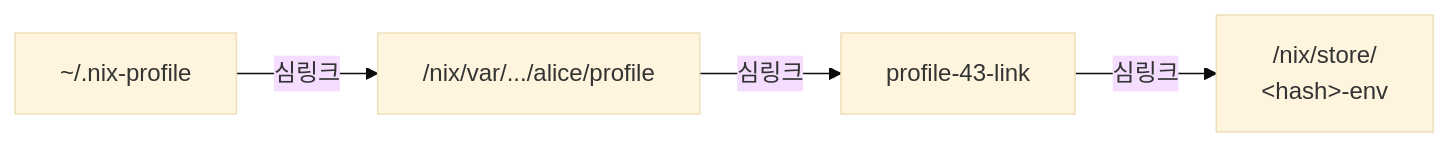
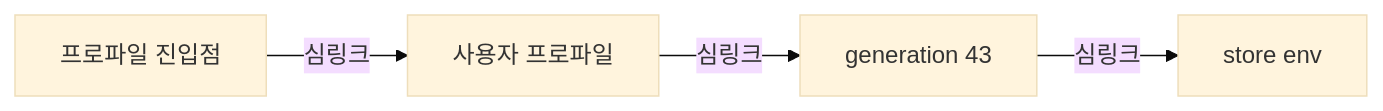
The diagram in content/linux/distro-basics/nix-nixos.md (moonblueblue/devops-wiki), drawn with Mermaid (base theme) before and after one commit. The commit also changed other lines of this file and 37 other files, not shown here.

First line of the commit message:
style: linux 카테고리 ASCII 도표·Mermaid 라벨 형식 교정

````diff
--- a/content/linux/distro-basics/nix-nixos.md
+++ b/content/linux/distro-basics/nix-nixos.md
@@ -80,6 +80,6 @@
 ```mermaid
 graph LR
-    A["~/.nix-profile"] -->|심링크| B["/nix/var/.../alice/profile"]
-    B -->|심링크| C["profile-43-link"]
-    C -->|심링크| D["/nix/store/\n&lt;hash&gt;-env"]
+    A[프로파일 진입점] -->|심링크| B[사용자 프로파일]
+    B -->|심링크| C[generation 43]
+    C -->|심링크| D[store env]
 ```
````
